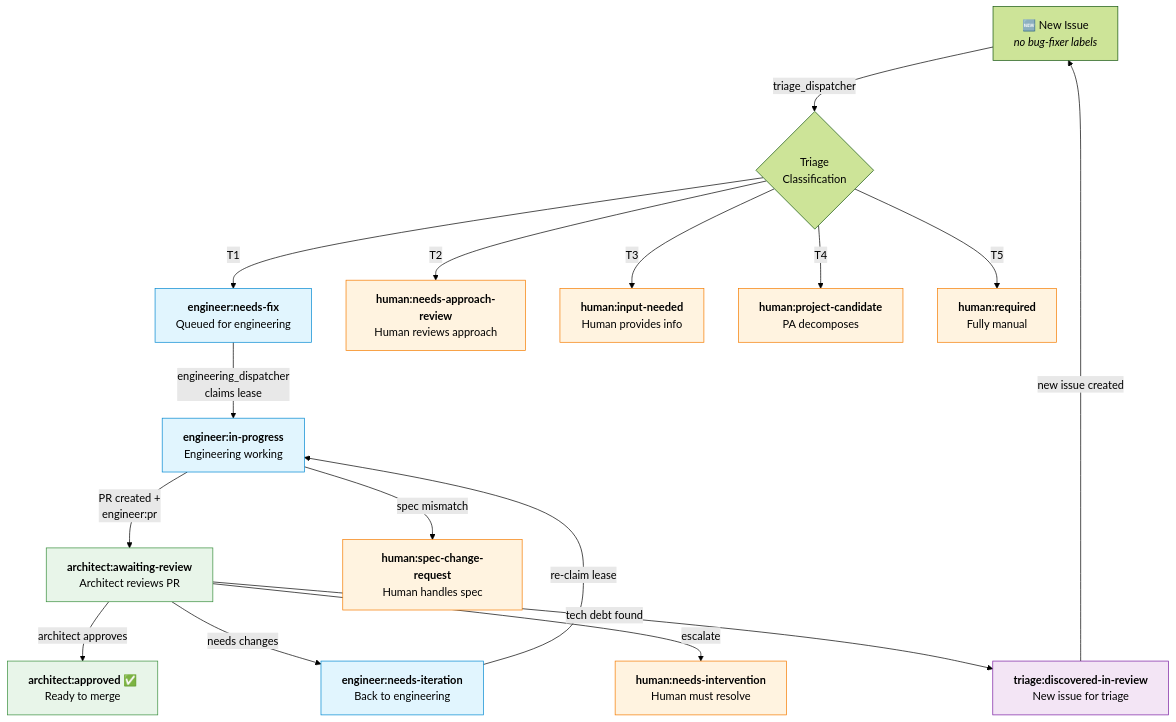
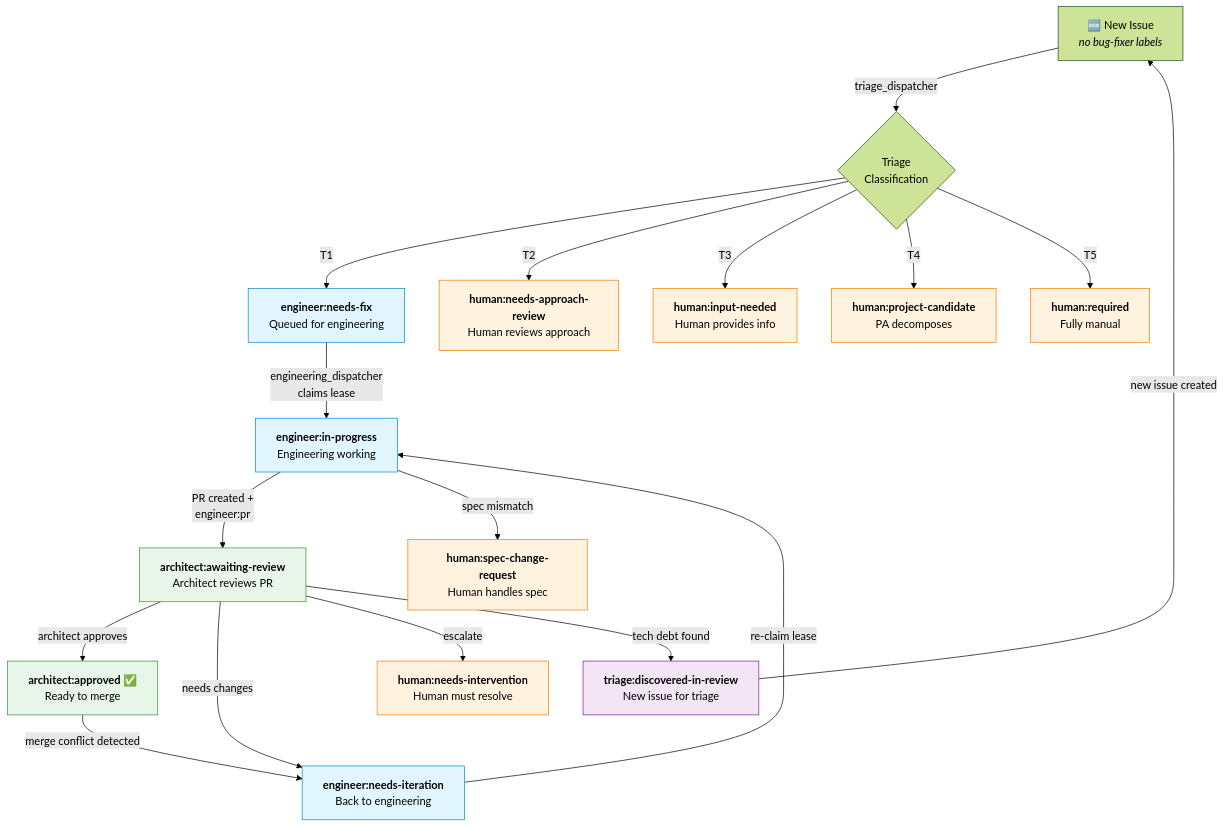
The third of 3 diagrams in docs/label-taxonomy.md (matthewmcneill/bug-fixer-loop-plugin), drawn with Mermaid (forest theme) before and after one commit. The commit also changed other lines of this file and 3 other files, not shown here.

Commit message:
[BugFixer] Fix #19: Add merge conflict detection for approved PRs in architect tick cycle

````diff
--- a/docs/label-taxonomy.md
+++ b/docs/label-taxonomy.md
@@ -161,38 +162,39 @@
 ```mermaid
 flowchart TD
     NEW["🆕 New Issue<br/><i>no bug-fixer labels</i>"] -->|triage_dispatcher| CLASSIFY{"Triage<br/>Classification"}
 
     CLASSIFY -->|T1| ENQ["<b>engineer:needs-fix</b><br/>Queued for engineering"]
     CLASSIFY -->|T2| HAR["<b>human:needs-approach-review</b><br/>Human reviews approach"]
     CLASSIFY -->|T3| HIN["<b>human:input-needed</b><br/>Human provides info"]
     CLASSIFY -->|T4| HPC["<b>human:project-candidate</b><br/>PA decomposes"]
     CLASSIFY -->|T5| HRQ["<b>human:required</b><br/>Fully manual"]
 
     ENQ -->|"engineering_dispatcher<br/>claims lease"| EIP["<b>engineer:in-progress</b><br/>Engineering working"]
 
     EIP -->|"PR created +<br/>engineer:pr"| AAR["<b>architect:awaiting-review</b><br/>Architect reviews PR"]
 
     EIP -->|"spec mismatch"| HSC["<b>human:spec-change-request</b><br/>Human handles spec"]
 
     AAR -->|architect approves| AAP["<b>architect:approved</b> ✅<br/>Ready to merge"]
+    AAP -->|"merge conflict detected"| ENI
     AAR -->|needs changes| ENI["<b>engineer:needs-iteration</b><br/>Back to engineering"]
     AAR -->|escalate| HNI["<b>human:needs-intervention</b><br/>Human must resolve"]
     AAR -->|"tech debt found"| TDR["<b>triage:discovered-in-review</b><br/>New issue for triage"]
 
     ENI -->|"re-claim lease"| EIP
 
     TDR -->|"new issue created"| NEW
 
     style ENQ fill:#e1f5fe,stroke:#0288d1
     style EIP fill:#e1f5fe,stroke:#0288d1
     style ENI fill:#e1f5fe,stroke:#0288d1
     style AAR fill:#e8f5e9,stroke:#388e3c
     style AAP fill:#e8f5e9,stroke:#388e3c
     style HAR fill:#fff3e0,stroke:#f57c00
     style HIN fill:#fff3e0,stroke:#f57c00
     style HPC fill:#fff3e0,stroke:#f57c00
     style HRQ fill:#fff3e0,stroke:#f57c00
     style HNI fill:#fff3e0,stroke:#f57c00
     style HSC fill:#fff3e0,stroke:#f57c00
     style TDR fill:#f3e5f5,stroke:#7b1fa2
 ```
````
